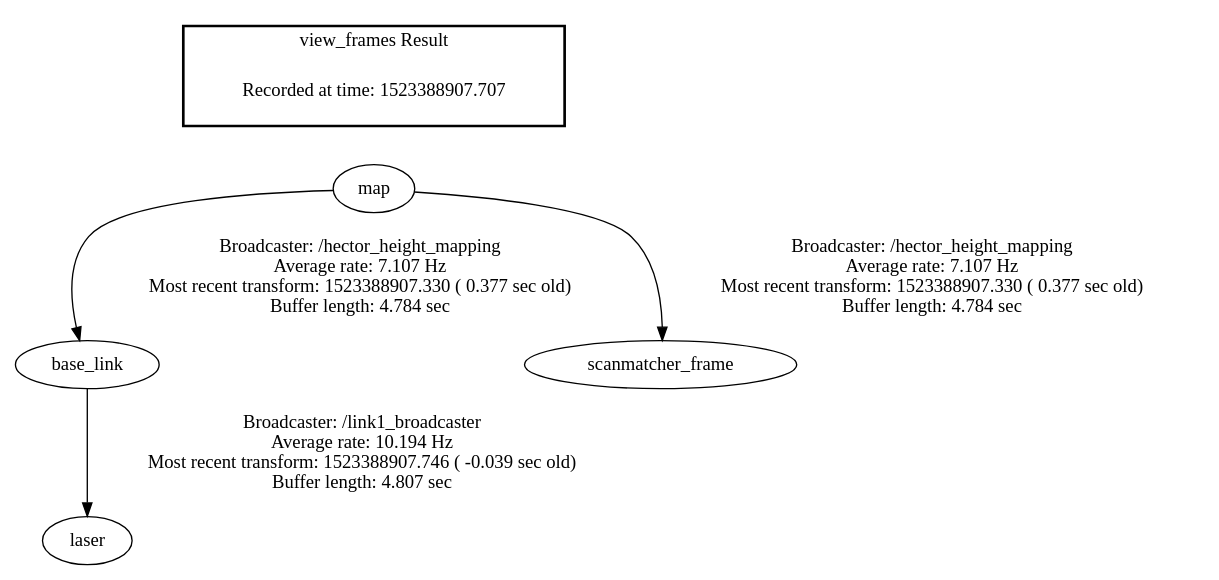
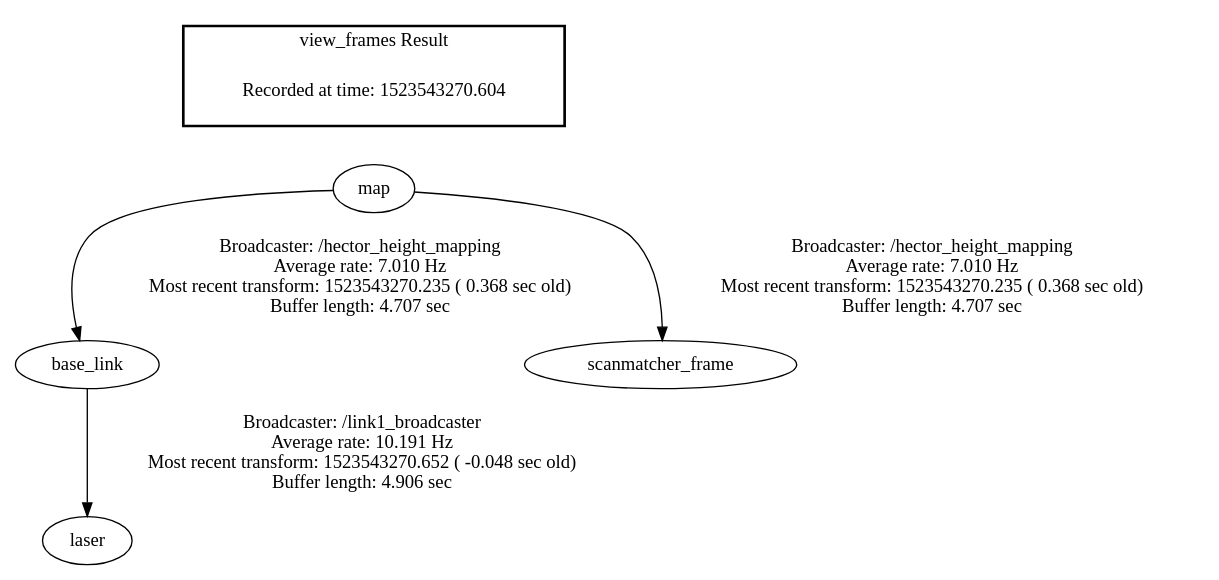
The diagram in catkin_ws/frames.gv (FernandoOrtiz/DeepFind), drawn with Graphviz before and after one commit. The commit also changed 12 other files, not shown here.

```diff
--- a/catkin_ws/frames.gv
+++ b/catkin_ws/frames.gv
@@ -1,9 +1,9 @@
 digraph G {
-"map" -> "base_link"[label="Broadcaster: /hector_height_mapping\nAverage rate: 7.107 Hz\nMost recent transform: 1523388907.330 ( 0.377 sec old)\nBuffer length: 4.784 sec\n"];
-"map" -> "scanmatcher_frame"[label="Broadcaster: /hector_height_mapping\nAverage rate: 7.107 Hz\nMost recent transform: 1523388907.330 ( 0.377 sec old)\nBuffer length: 4.784 sec\n"];
-"base_link" -> "laser"[label="Broadcaster: /link1_broadcaster\nAverage rate: 10.194 Hz\nMost recent transform: 1523388907.746 ( -0.039 sec old)\nBuffer length: 4.807 sec\n"];
+"base_link" -> "laser"[label="Broadcaster: /link1_broadcaster\nAverage rate: 10.191 Hz\nMost recent transform: 1523543270.652 ( -0.048 sec old)\nBuffer length: 4.906 sec\n"];
+"map" -> "base_link"[label="Broadcaster: /hector_height_mapping\nAverage rate: 7.010 Hz\nMost recent transform: 1523543270.235 ( 0.368 sec old)\nBuffer length: 4.707 sec\n"];
+"map" -> "scanmatcher_frame"[label="Broadcaster: /hector_height_mapping\nAverage rate: 7.010 Hz\nMost recent transform: 1523543270.235 ( 0.368 sec old)\nBuffer length: 4.707 sec\n"];
 edge [style=invis];
  subgraph cluster_legend { style=bold; color=black; label ="view_frames Result";
-"Recorded at time: 1523388907.707"[ shape=plaintext ] ;
+"Recorded at time: 1523543270.604"[ shape=plaintext ] ;
  }->"map";
 }
```
